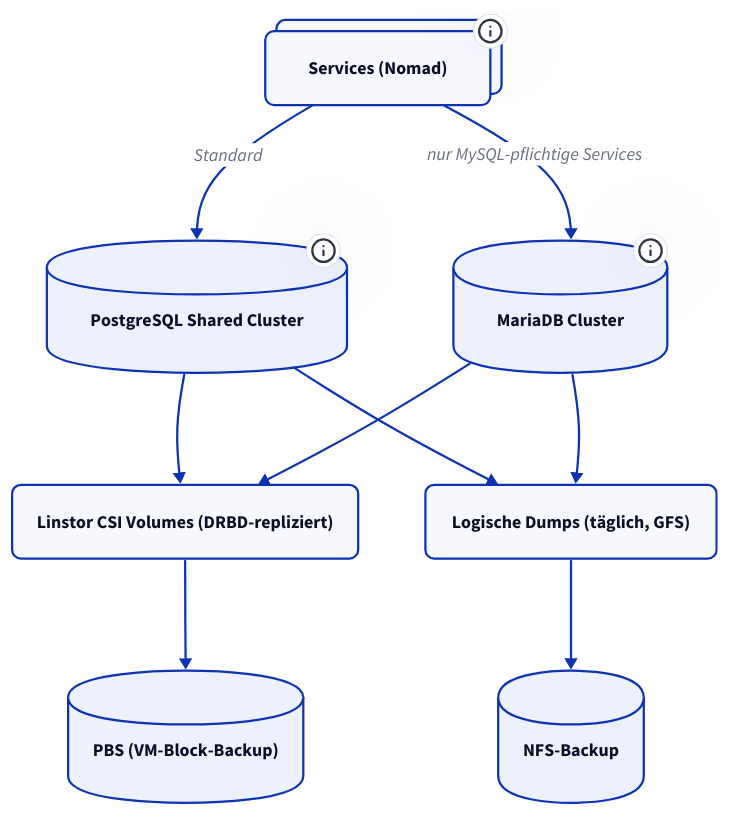
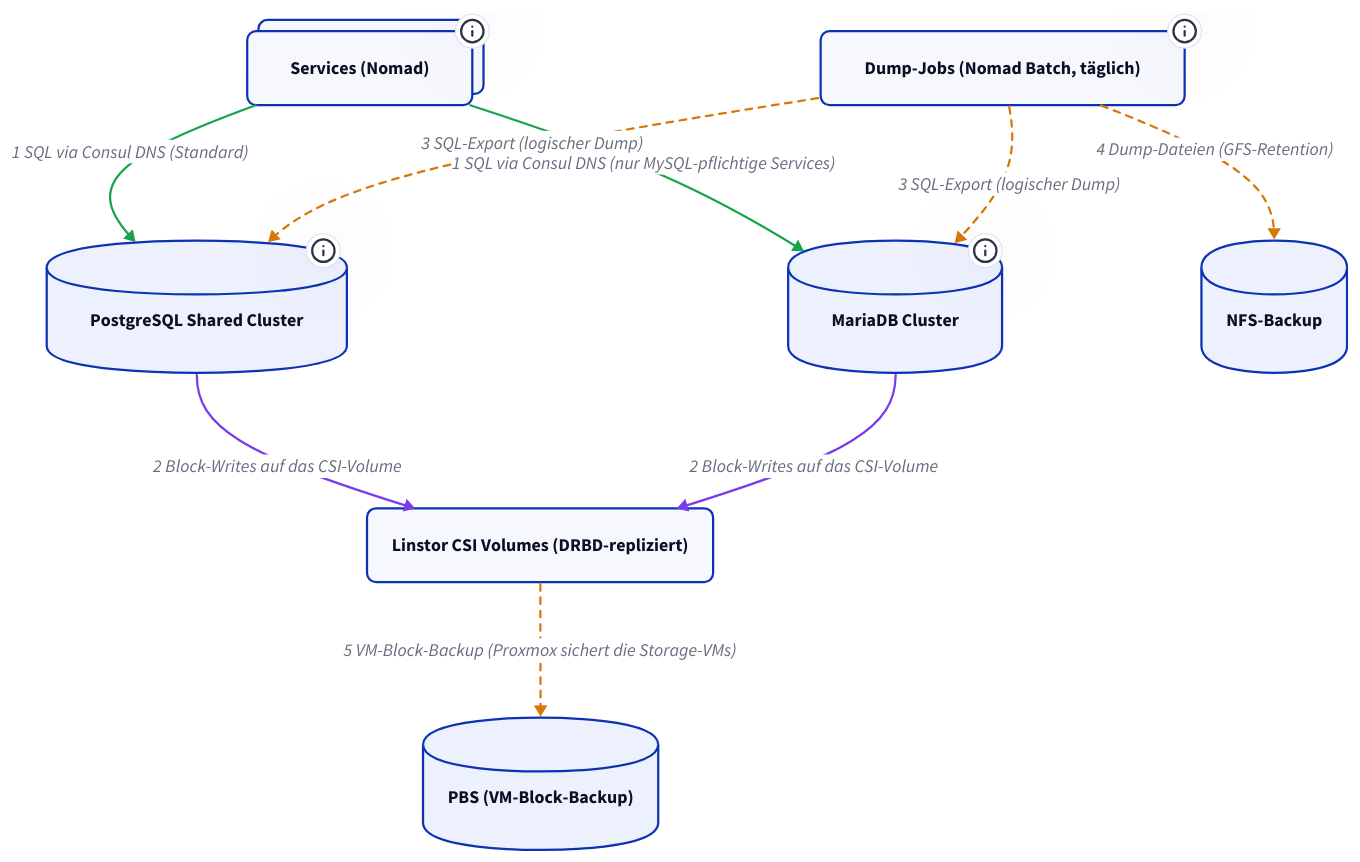
The first of 3 diagrams in docs/_querschnitt/datenbank-architektur.md (derever-labs/homelab-wiki), drawn with D2 before and after one commit. The commit also changed other lines of this file, not shown here.

First line of the commit message:
docs(datenbank): Failover-Szenario und Diagramm-Mechanik vertiefen

````diff
--- a/docs/_querschnitt/datenbank-architektur.md
+++ b/docs/_querschnitt/datenbank-architektur.md
@@ -27,35 +31,46 @@
 ```d2
 direction: down
 
+classes: {
+  node: { style: { border-radius: 8 } }
+  app: { style: { stroke: "#16a34a" } }
+  storagep: { style: { stroke: "#7c3aed" } }
+  backup: { style: { stroke: "#d97706"; stroke-dash: 3 } }
+}
+
 Services: "Services (Nomad)" {
-  style: { border-radius: 8; multiple: true }
+  class: node
+  style.multiple: true
   tooltip: "Service-zu-Datenbank-Zuordnung: Referenz Datenbanken"
 }
 
 PG: "PostgreSQL Shared Cluster" {
   shape: cylinder
-  style.border-radius: 8
+  class: node
   tooltip: "postgres.service.consul:5432"
 }
 
 MDB: "MariaDB Cluster" {
   shape: cylinder
-  style.border-radius: 8
+  class: node
   tooltip: "mariadb.service.consul:3306"
 }
 
-Storage: "Linstor CSI Volumes (DRBD-repliziert)" { style.border-radius: 8 }
+Storage: "Linstor CSI Volumes (DRBD-repliziert)" { class: node }
 
-Dump: "Logische Dumps (täglich, GFS)" { style.border-radius: 8 }
-NFS: "NFS-Backup" { shape: cylinder; style.border-radius: 8 }
-PBS: "PBS (VM-Block-Backup)" { shape: cylinder; style.border-radius: 8 }
+Dump: "Dump-Jobs (Nomad Batch, täglich)" {
+  class: node
+  tooltip: "pg_dumpall und mariadb-dump -- Zeitplan und Retention siehe Backup-Tabelle"
+}
+NFS: "NFS-Backup" { shape: cylinder; class: node }
+PBS: "PBS (VM-Block-Backup)" { shape: cylinder; class: node }
 
-Services -> PG: "Standard"
-Services -> MDB: "nur MySQL-pflichtige Services"
-PG -> Storage
-MDB -> Storage
-PG -> Dump
-MDB -> Dump
-Dump -> NFS
-Storage -> PBS
+Services -> PG: "1 SQL via Consul DNS (Standard)" { class: app }
+Services -> MDB: "1 SQL via Consul DNS (nur MySQL-pflichtige Services)" { class: app }
+PG -> Storage: "2 Block-Writes auf das CSI-Volume" { class: storagep }
+MDB -> Storage: "2 Block-Writes auf das CSI-Volume" { class: storagep }
+Dump -> PG: "3 SQL-Export (logischer Dump)" { class: backup }
+Dump -> MDB: "3 SQL-Export (logischer Dump)" { class: backup }
+Dump -> NFS: "4 Dump-Dateien (GFS-Retention)" { class: backup }
+Storage -> PBS: "5 VM-Block-Backup (Proxmox sichert die Storage-VMs)" { class: backup }
 ```
````
